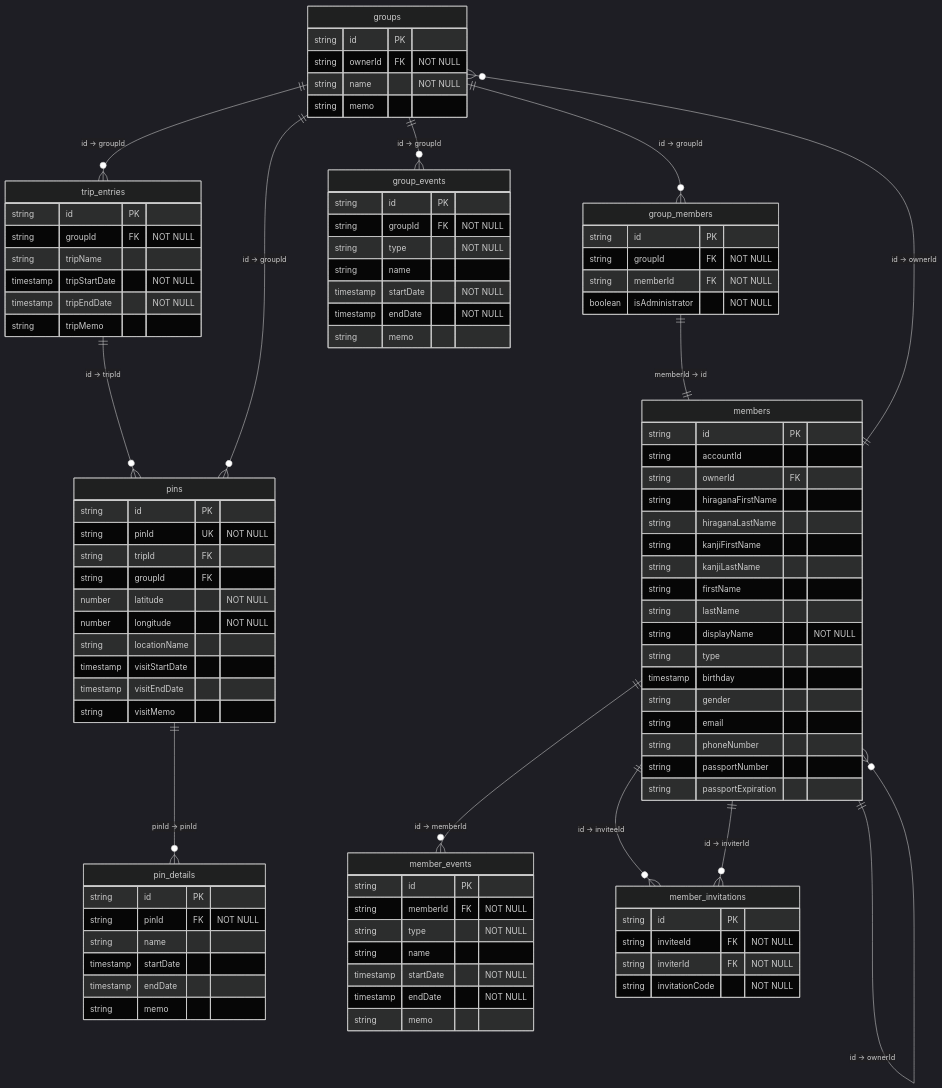
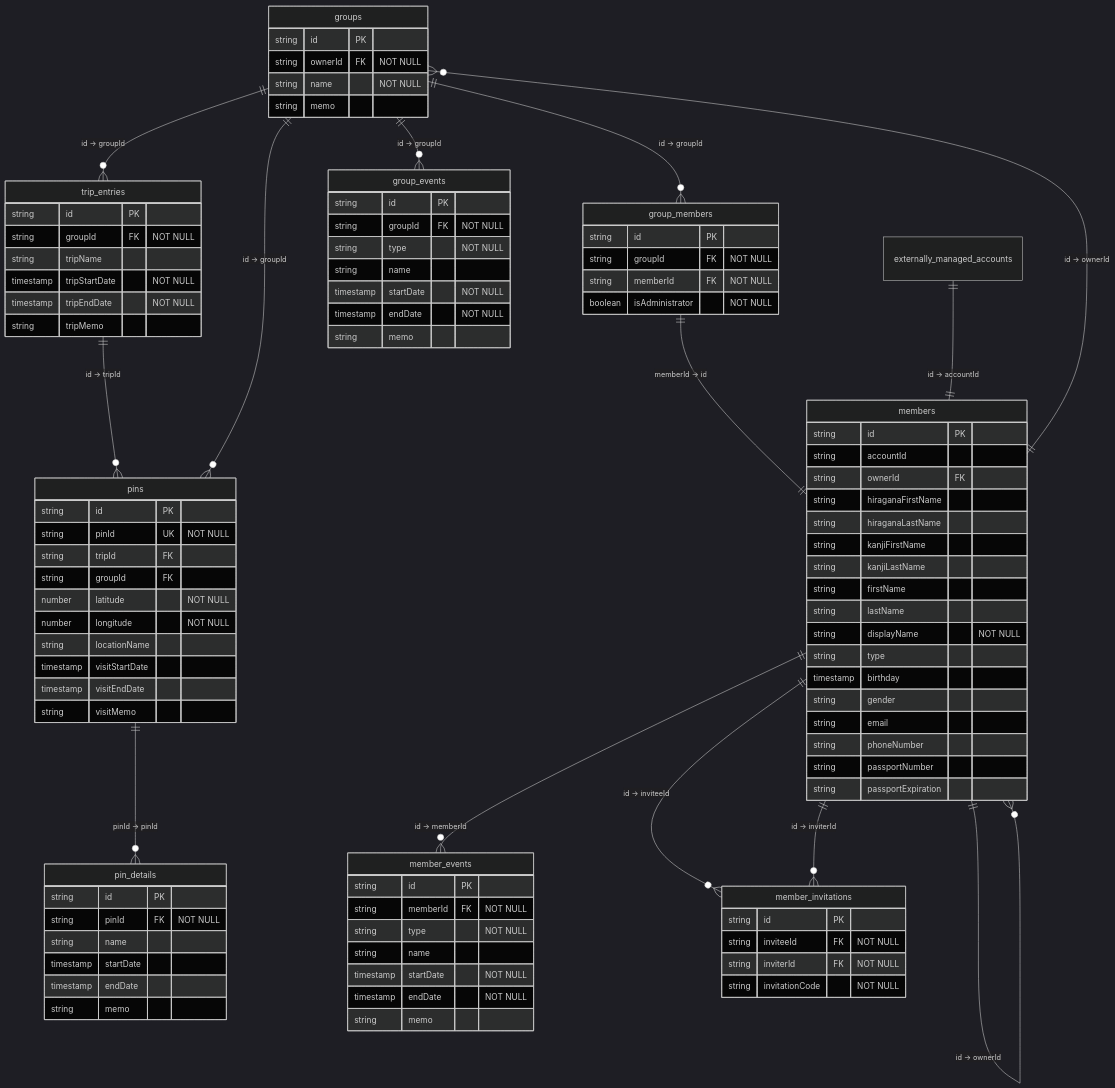
The diagram in docs/er_diagram.md (taka-016/memora), drawn with Mermaid (dark theme) before and after one commit.

Commit message:
ER図修正

````diff
--- a/docs/er_diagram.md
+++ b/docs/er_diagram.md
@@ -98,4 +98,5 @@
     members ||--o{ groups : "id → ownerId"
     members ||--o{ member_invitations : "id → inviteeId"
     members ||--o{ member_invitations : "id → inviterId"
+    externally_managed_accounts ||--|| members : "id → accountId"
 ```
````
